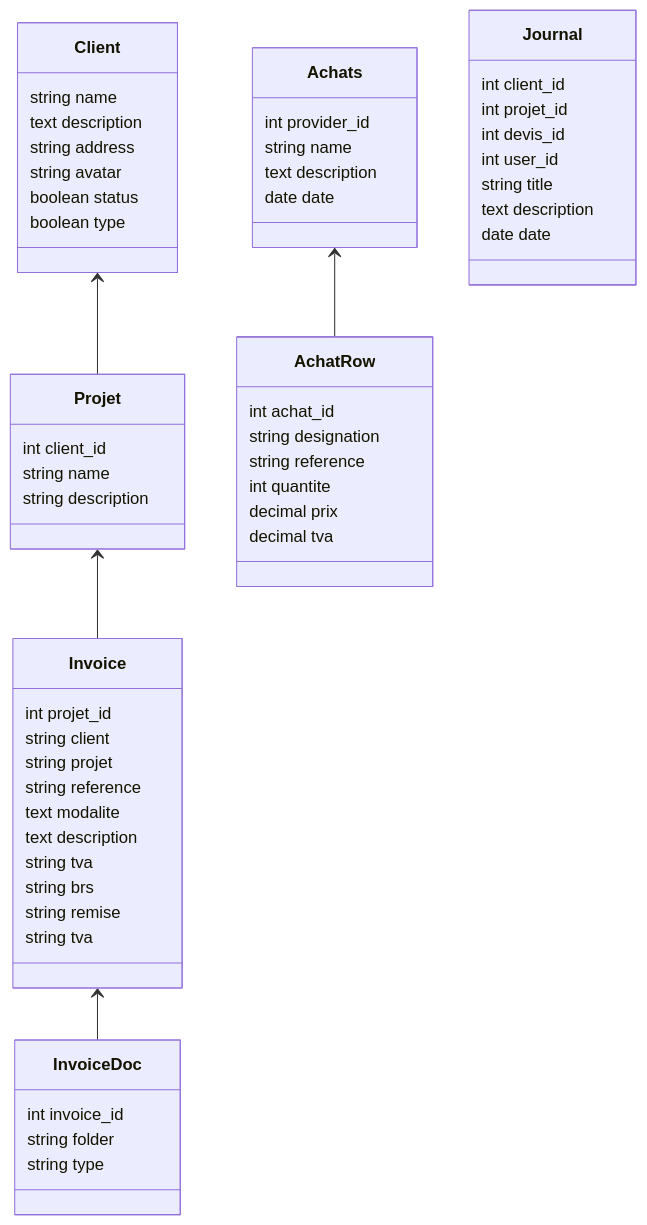
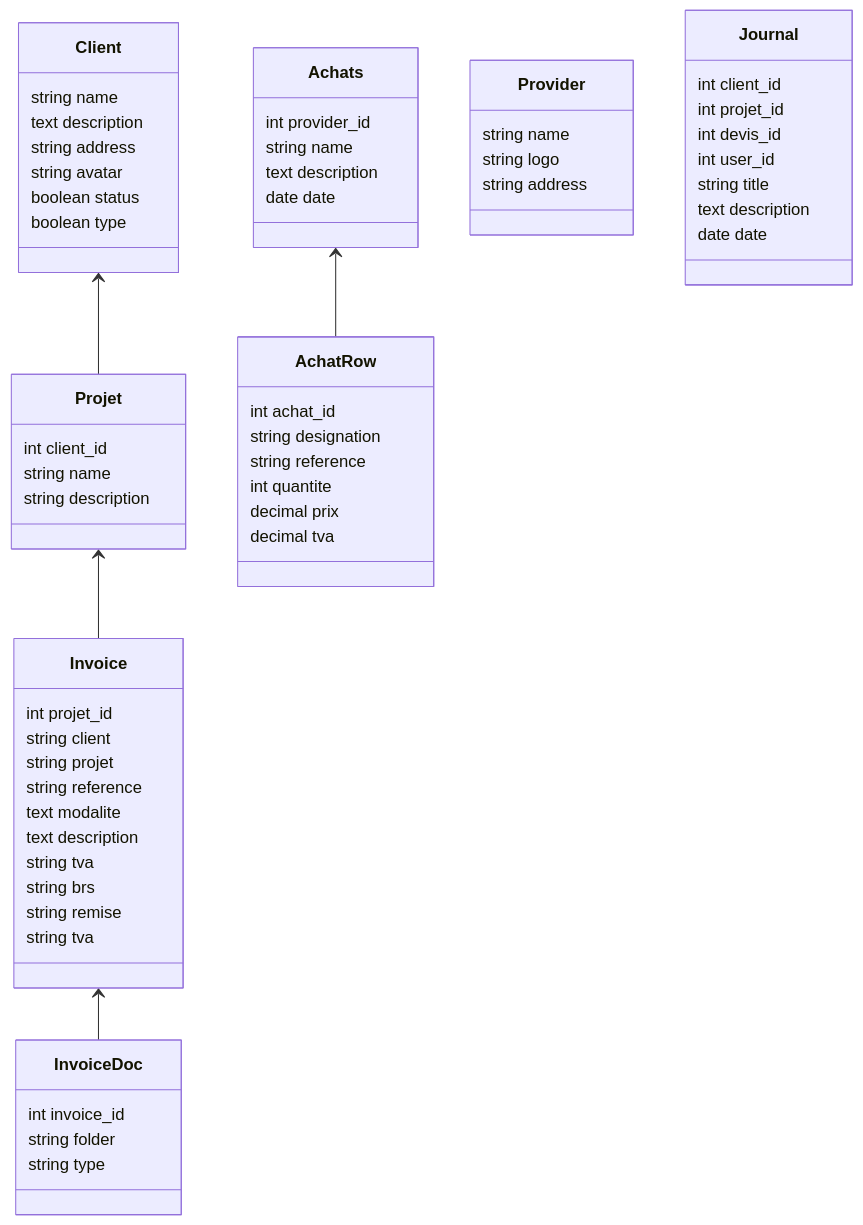
The diagram in database/docs/01_Diagram.md (desmond8500/Dash3), drawn with Mermaid before and after one commit. The commit also changed 12 other files, not shown here.

````diff
--- a/database/docs/01_Diagram.md
+++ b/database/docs/01_Diagram.md
@@ -3,69 +3,74 @@
 ```mermaid
 classDiagram
 
 class Client{
     string name
     text description
     string address
     string avatar
     boolean status
     boolean type
 }
 
 Client <-- Projet
 class Projet{
     int client_id
     string name
     string description
 
 }
 
 Projet <-- Invoice
 class Invoice{
     int projet_id
     string client
     string projet
     string reference
     text modalite
     text description
     string tva
     string brs
     string remise
     string tva
 
 }
 
 Invoice <-- InvoiceDoc
 class InvoiceDoc{
     int invoice_id
     string folder
     string type
 }
 
 Achats <-- AchatRow
 class Achats{
     int provider_id
     string name
     text description
     date date
 }
 class AchatRow{
     int achat_id
     string designation
     string reference
     int quantite
     decimal prix
     decimal tva
 }
+class Provider{
+    string name
+    string logo
+    string address
+}
 
 class Journal{
     int client_id
     int projet_id
     int devis_id
     int user_id
     string title
     text description
     date date
 }
 
 ```
````
